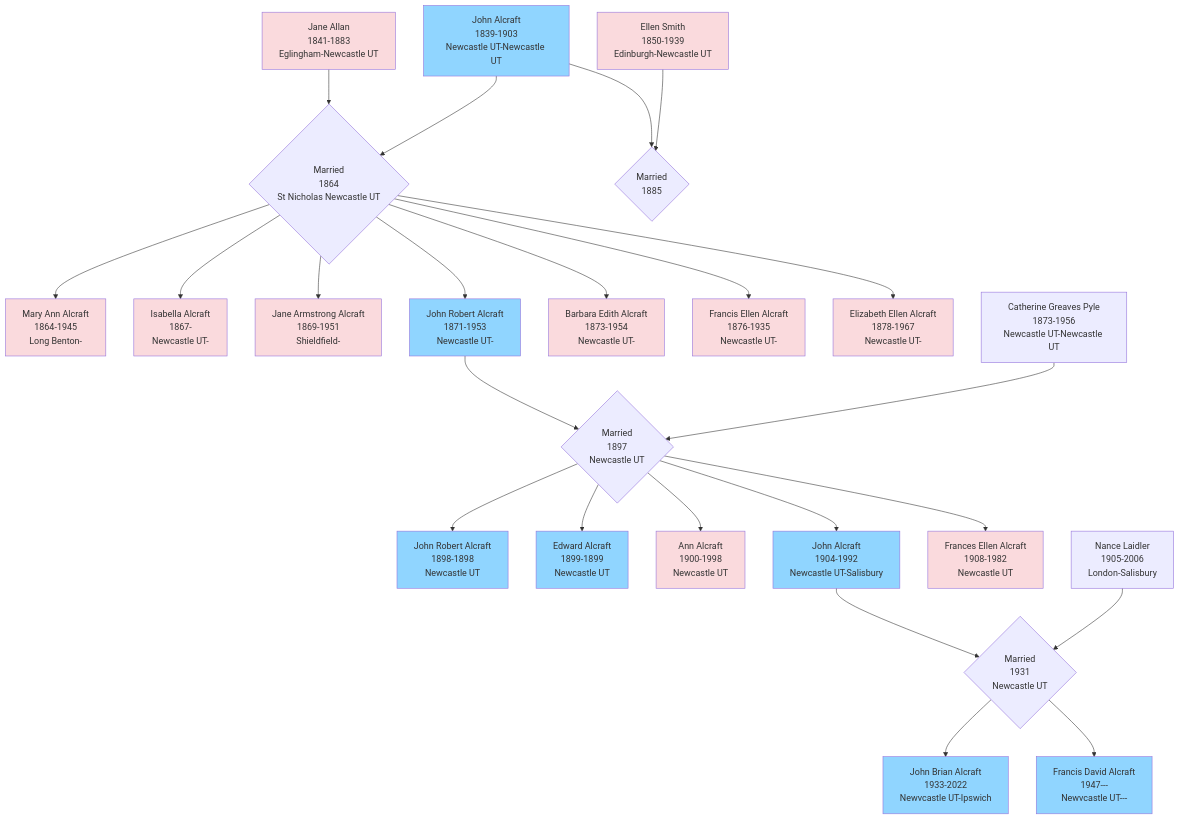
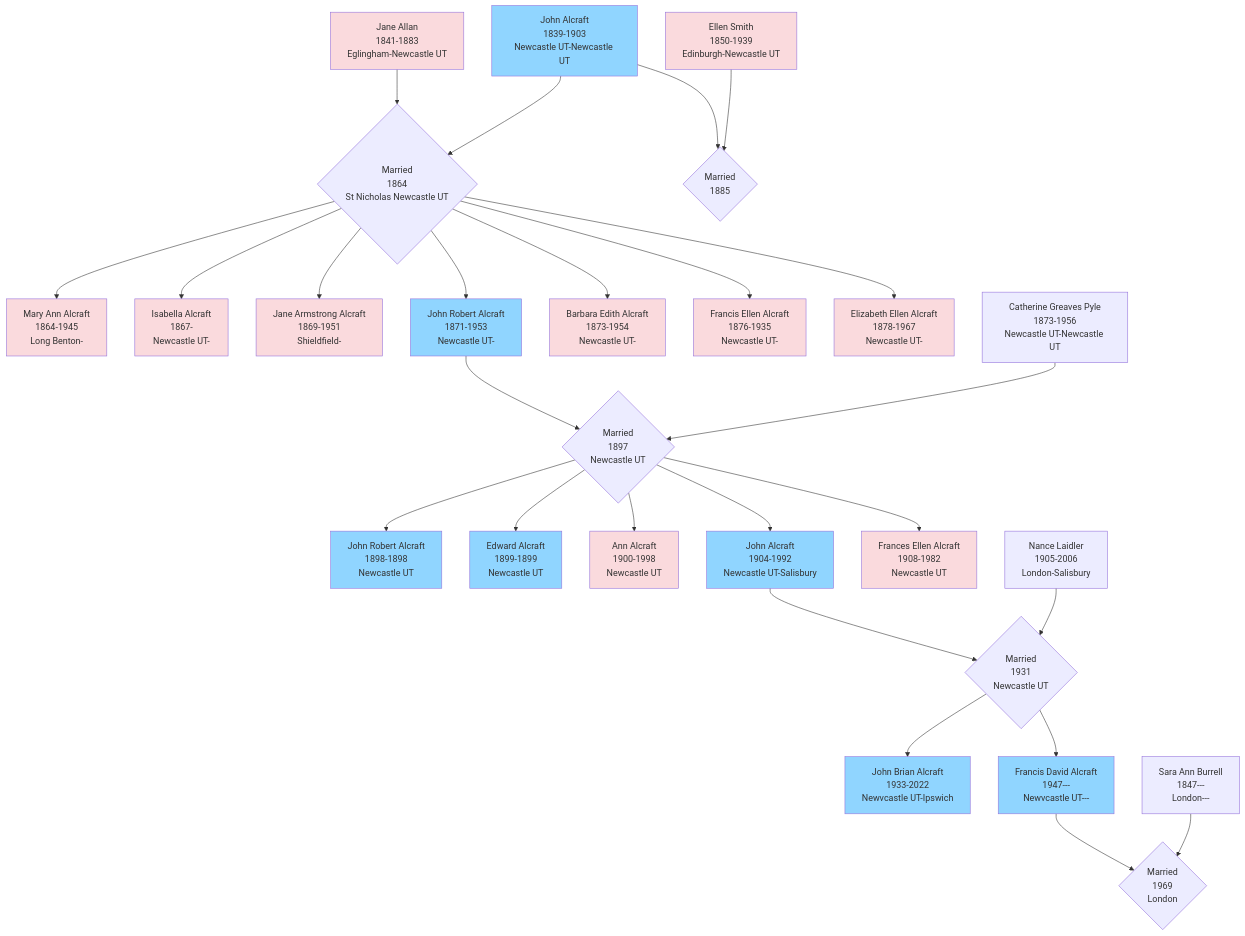
The diagram in docs/index.md (RachelAlcraft/family-tree), drawn with Mermaid before and after one commit.

````diff
--- a/docs/index.md
+++ b/docs/index.md
@@ -6,58 +6,62 @@
 ``` mermaid
 flowchart TD  
 JA1[John Alcraft\n1839-1903\nNewcastle UT-Newcastle UT] --> JAJA{Married\n1864\nSt Nicholas Newcastle UT};
 style JA1 fill:#90d5ff
 click JA1 "jones" "JA1"
 JA2[Jane Allan\n1841-1883\nEglingham-Newcastle UT] --> JAJA;
 style JA2 fill:#FADADD
 click JA2 "jones" "JA2"
 ES[Ellen Smith\n1850-1939\nEdinburgh-Newcastle UT] --> JAES{Married\n1885};
 JA1 --> JAES
 JAJA -->MAA[Mary Ann Alcraft\n1864-1945\nLong Benton-];
 JAJA -->IA[Isabella Alcraft\n1867-\nNewcastle UT-];
 JAJA -->JAA[Jane Armstrong Alcraft\n1869-1951\nShieldfield-];
 JAJA -->JRA[John Robert Alcraft\n1871-1953\nNewcastle UT-];
 JAJA -->BEA[Barbara Edith Alcraft\n1873-1954\nNewcastle UT-];
 JAJA -->FEA[Francis Ellen Alcraft\n1876-1935\nNewcastle UT-];
 JAJA -->EEA[Elizabeth Ellen Alcraft\n1878-1967\nNewcastle UT-];
 
 JRA --> JRACGP{Married\n1897\nNewcastle UT};
 style JRA fill:#90d5ff
 CGP[Catherine Greaves Pyle\n1873-1956\nNewcastle UT-Newcastle UT];
 CGP --> JRACGP;
 JRACGP --> JRA2[John Robert Alcraft\n1898-1898\nNewcastle UT];
 style JRA2 fill:#90d5ff
 JRACGP --> EA[Edward Alcraft\n1899-1899\nNewcastle UT];
 style EA fill:#90d5ff
 JRACGP --> AA[Ann Alcraft\n1900-1998\nNewcastle UT];
 style AA fill:#FADADD
 JRACGP --> JA3[John Alcraft\n1904-1992\nNewcastle UT-Salisbury];
 style JA3 fill:#90d5ff
 JRACGP --> FEA2[Frances Ellen Alcraft\n1908-1982\nNewcastle UT];
 style FEA2 fill:#FADADD
 
 JA3 --> JA3NL{Married\n1931\nNewcastle UT};
 NL[Nance Laidler\n1905-2006\nLondon-Salisbury];
 NL --> JA3NL;
 JBA[John Brian Alcraft\n1933-2022\nNewvcastle UT-Ipswich];
 style JBA fill:#90d5ff
 FDA[Francis David Alcraft\n1947---\nNewvcastle UT---];
 style FDA fill:#90d5ff
 JA3NL --> JBA;
 JA3NL --> FDA;
 
+FDA --> FDASAB{Married\n1969\nLondon};
+SAB[Sara Ann Burrell\n1847---\nLondon---];
+SAB --> FDASAB;
+
 
 
 
 
 style ES fill:#FADADD
 style MAA fill:#FADADD
 style IA fill:#FADADD
 style JAA fill:#FADADD
 style BEA fill:#FADADD
 style FEA fill:#FADADD
 style EEA fill:#FADADD
 
 
 
 ```
````
